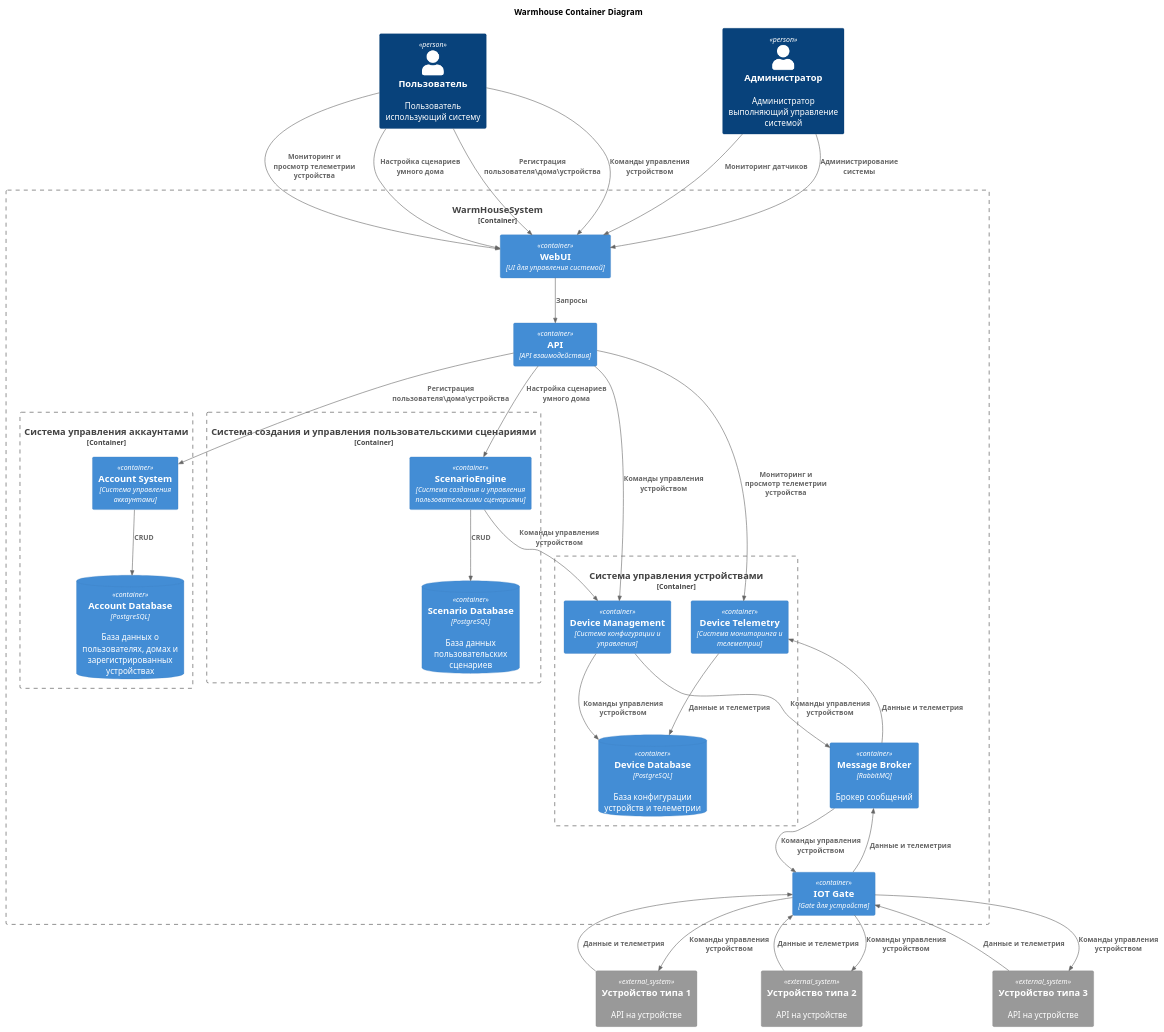
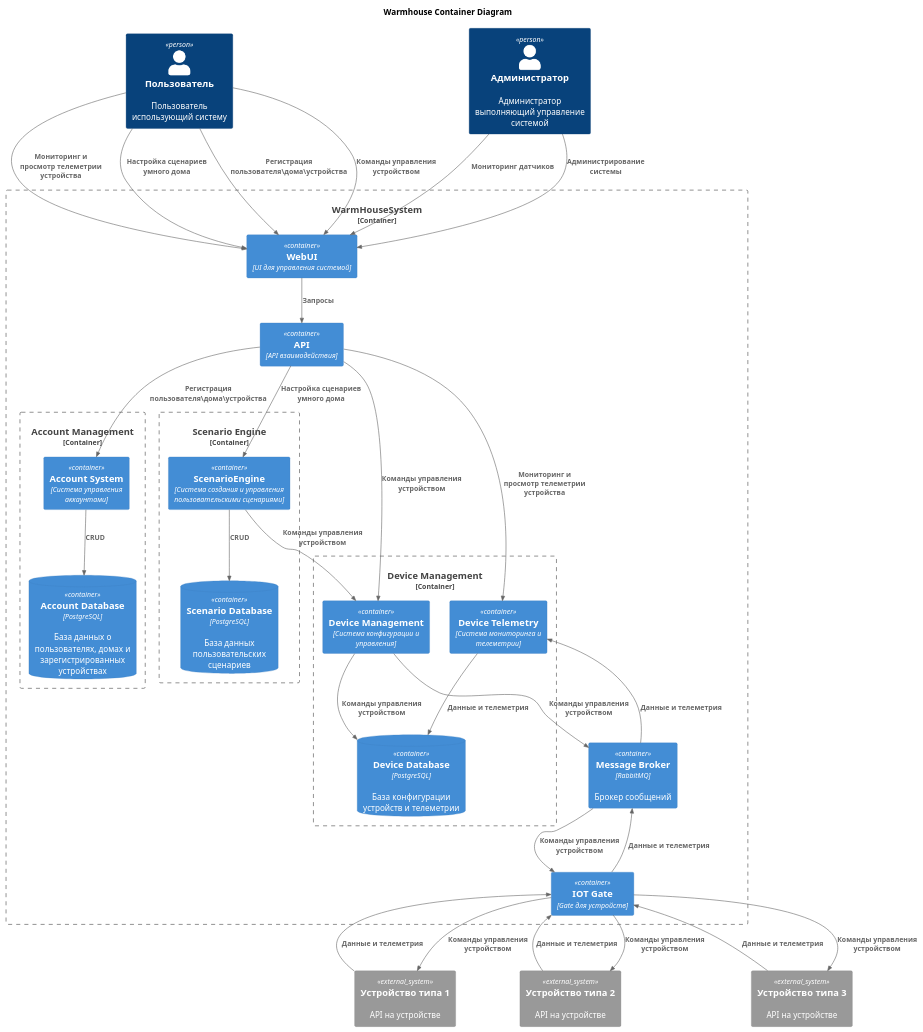
One commit to MasterKhajiit/architecture-warmhouse-1 changed the diagram in Schemes/C4_Container_Diagram.puml. Above: the diagram before and after it, drawn with PlantUML. The commit also changed 2 other files, not shown here.

Commit message:
Update diagrams

```diff
--- a/Schemes/C4_Container_Diagram.puml
+++ b/Schemes/C4_Container_Diagram.puml
@@ -1,84 +1,84 @@
 @startuml
 title Warmhouse Container Diagram
 
 !include https://raw.githubusercontent.com/plantuml-stdlib/C4-PlantUML/master/C4_Container.puml
 
 Person(user, "Пользователь", "Пользователь использующий систему")
 Person(admin, "Администратор", "Администратор выполняющий управление системой")
 
 'Внешние устройства умного дома
 System_Ext(sensor1, "Устройство типа 1", "API на устройстве")
 System_Ext(sensor2, "Устройство типа 2", "API на устройстве")
 System_Ext(sensor3, "Устройство типа 3", "API на устройстве")
 
 Container_Boundary(WarmHouseSystem, "WarmHouseSystem") {
     Container(WebUI, "WebUI", "UI для управления системой")
     Container(APIGate, "API", "API взаимодействия")
     Container(IOTGate, "IOT Gate", "Gate для устройств")
 
     'Функционал работы с учетными данными Пользователей, Домов, Устройств
-    Container_Boundary(AccountMGM, "Система управления аккаунтами"){
+    Container_Boundary(AccountMGM, "Account Management"){
         Container(AccountCore, "Account System", "Система управления аккаунтами")
         ContainerDb(AccountDb, "Account Database", "PostgreSQL", "База данных о пользователях, домах и зарегистрированных устройствах")
     }
 
     'Функционал работы с пользовательскими сценариями умного дома
-    Container_Boundary(ScenarioMGM, "Система создания и управления пользовательскими сценариями"){
+    Container_Boundary(ScenarioMGM, "Scenario Engine"){
         Container(ScenarioEngine, "ScenarioEngine", "Система создания и управления пользовательскими сценариями")
         ContainerDb(ScenarioDb, "Scenario Database", "PostgreSQL", "База данных пользовательских сценариев")
     }
 
     'Функционал работы с устройствами умного дома
-    Container_Boundary(DeviceMGM, "Система управления устройствами") {
+    Container_Boundary(DeviceMGM, "Device Management") {
         Container(Management, "Device Management", "Система конфигурации и управления")
         Container(Telemetry, "Device Telemetry", "Система мониторинга и телеметрии")
         ContainerDb(DeviceDb, "Device Database", "PostgreSQL", "База конфигурации устройств и телеметрии")
     }
     Container(MessageBroker, "Message Broker", "RabbitMQ",  "Брокер сообщений")
 }
 
 'Взаимодействие пользователя и Web UI системы
 Rel(user, WebUI, "Регистрация пользователя\дома\устройства")
 Rel(user, WebUI, "Команды управления устройством")
 Rel(user, WebUI, "Мониторинг и просмотр телеметрии устройства")
 Rel(user, WebUI, "Настройка сценариев умного дома")
 
 'Взаимодействие администратора и Web UI системы
 Rel(admin, WebUI, "Мониторинг датчиков")
 Rel(admin, WebUI, "Администрирование системы")
 
 'Передача запросов пользователя и администратора для маршрутизации через API-Gate
 Rel(WebUI, APIGate, "Запросы")
 
 'Маршрутизация запросов через API-Gate:
 '1. Маршрутизация запросов работы с учетными данными Пользователей, Домов, Устройств
 Rel(APIGate, AccountCore, "Регистрация пользователя\дома\устройства")
 Rel(AccountCore, AccountDb, "CRUD")
 
 '2. Маршрутизация запросов работы с пользовательскими сценариями умного дома
 Rel(APIGate, ScenarioEngine, "Настройка сценариев умного дома")
 Rel(ScenarioEngine, ScenarioDb, "CRUD")
 Rel(ScenarioEngine, Management, "Команды управления устройством")
 
 '3. Маршрутизация запросов работы с устройствами умного дома
 Rel(APIGate, Management, "Команды управления устройством")
 Rel(Management, DeviceDb, "Команды управления устройством")
 Rel(Management, MessageBroker, "Команды управления устройством")
 Rel(APIGate, Telemetry, "Мониторинг и просмотр телеметрии устройства")
 Rel(MessageBroker, Telemetry, "Данные и телеметрия")
 Rel(Telemetry, DeviceDb, "Данные и телеметрия")
 
 'Передача запросов работы с устройствами умного дома для маршрутизации через IOT-Gate и получение данных и телеметрии с устройств умного дома
 Rel(MessageBroker, IOTGate, "Команды управления устройством")
 Rel(IOTGate, MessageBroker, "Данные и телеметрия")
 
 'Маршрутизация запросов работы с устройствами умного дома
 Rel(IOTGate, sensor1, "Команды управления устройством")
 Rel(IOTGate, sensor2, "Команды управления устройством")
 Rel(IOTGate, sensor3, "Команды управления устройством")
 
 'Передача данных и телеметрии с устройств умного дома
 Rel(sensor1, IOTGate, "Данные и телеметрия")
 Rel(sensor2, IOTGate, "Данные и телеметрия")
 Rel(sensor3, IOTGate, "Данные и телеметрия")
 @enduml
```
